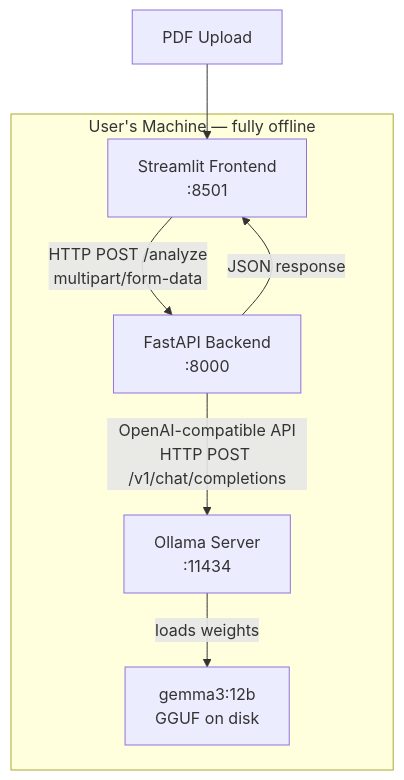
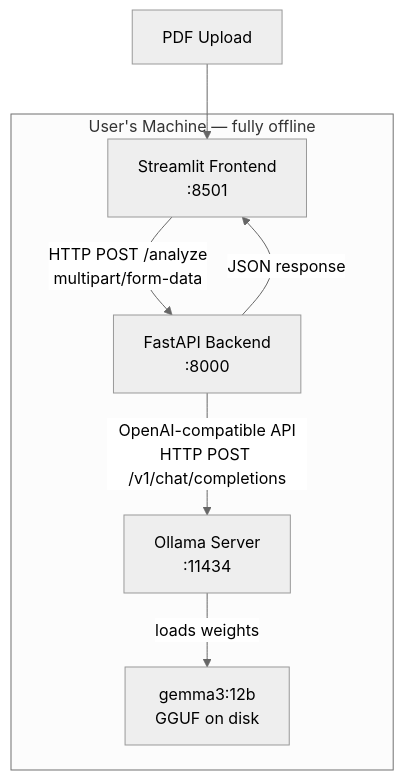
Before and after one commit to ftavafi/PrivateDocAI: the diagram in README.md, drawn with Mermaid.

Commit message:
Switch Mermaid diagram to neutral theme

````diff
--- a/README.md
+++ b/README.md
@@ -54,16 +54,17 @@
 ```mermaid
+%%{init: {'theme': 'neutral'}}%%
 graph TD
     subgraph machine["User's Machine — fully offline"]
         UI["Streamlit Frontend\n:8501"]
         API["FastAPI Backend\n:8000"]
         OLLAMA["Ollama Server\n:11434"]
         MODEL["gemma3:12b\nGGUF on disk"]
 
         UI -->|"HTTP POST /analyze\nmultipart/form-data"| API
         API -->|"JSON response"| UI
         API -->|"OpenAI-compatible API\nHTTP POST /v1/chat/completions"| OLLAMA
         OLLAMA -->|"loads weights"| MODEL
     end
 
     PDF["PDF Upload"] --> UI
 ```
````
